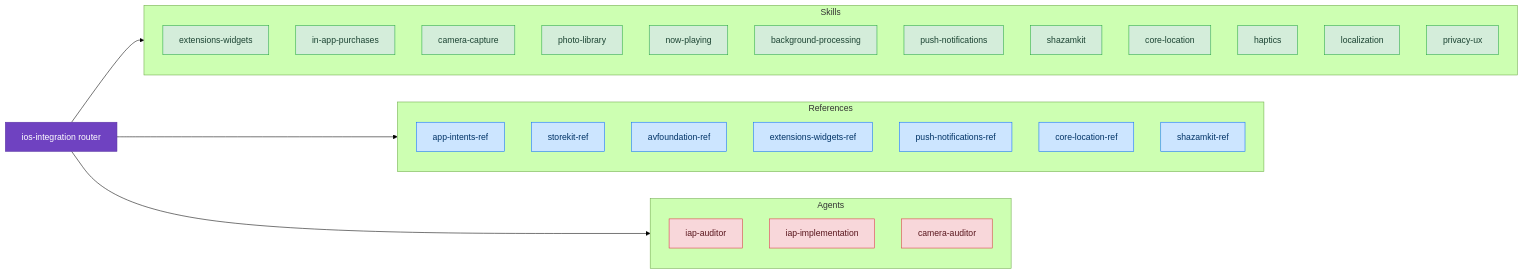
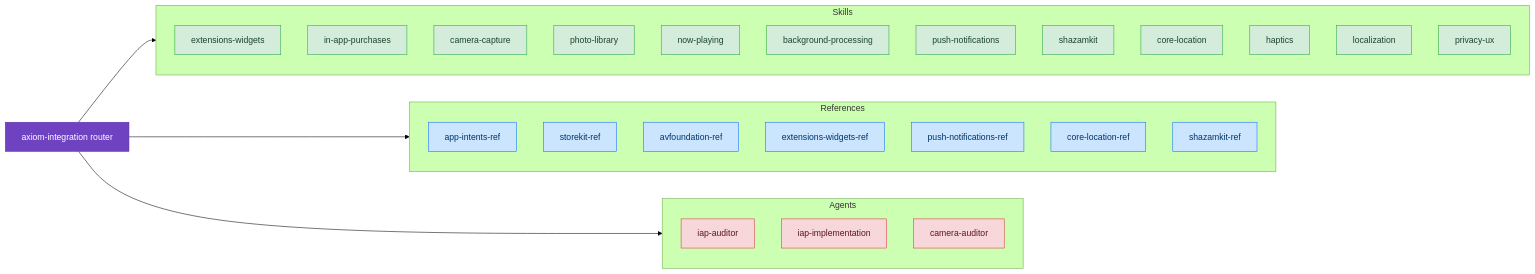
Before and after one commit to CharlesWiltgen/Axiom: the diagram in docs/skills/integration/index.md, drawn with Mermaid (forest theme). The commit also changed 11 other files, not shown here.

First line of the commit message:
fix(docs): replace all stale ios-* references with axiom-* names

````diff
--- a/docs/skills/integration/index.md
+++ b/docs/skills/integration/index.md
@@ -5,44 +5,44 @@
 ```mermaid
 flowchart LR
     classDef router fill:#6f42c1,stroke:#5a32a3,color:#fff
     classDef discipline fill:#d4edda,stroke:#28a745,color:#1b4332
     classDef reference fill:#cce5ff,stroke:#0d6efd,color:#003366
     classDef diagnostic fill:#fff3cd,stroke:#ffc107,color:#664d03
     classDef agent fill:#f8d7da,stroke:#dc3545,color:#58151c
 
-    axiom_ios_integration["ios-integration router"]:::router
+    axiom_integration["axiom-integration router"]:::router
 
     subgraph skills_d["Skills"]
         extensions_widgets["extensions-widgets"]:::discipline
         in_app_purchases["in-app-purchases"]:::discipline
         camera_capture["camera-capture"]:::discipline
         photo_library["photo-library"]:::discipline
         now_playing["now-playing"]:::discipline
         background_processing["background-processing"]:::discipline
         push_notifications["push-notifications"]:::discipline
         shazamkit["shazamkit"]:::discipline
         core_location["core-location"]:::discipline
         haptics["haptics"]:::discipline
         localization["localization"]:::discipline
         privacy_ux["privacy-ux"]:::discipline
     end
-    axiom_ios_integration --> skills_d
+    axiom_integration --> skills_d
 
     subgraph skills_r["References"]
         app_intents_ref["app-intents-ref"]:::reference
         storekit_ref["storekit-ref"]:::reference
         avfoundation_ref["avfoundation-ref"]:::reference
         extensions_widgets_ref["extensions-widgets-ref"]:::reference
         push_notifications_ref["push-notifications-ref"]:::reference
         core_location_ref["core-location-ref"]:::reference
         shazamkit_ref["shazamkit-ref"]:::reference
     end
-    axiom_ios_integration --> skills_r
+    axiom_integration --> skills_r
 
     subgraph agents_sg["Agents"]
         agent_iap["iap-auditor"]:::agent
         agent_iapi["iap-implementation"]:::agent
         agent_cam["camera-auditor"]:::agent
     end
-    axiom_ios_integration --> agents_sg
+    axiom_integration --> agents_sg
 ```
````
